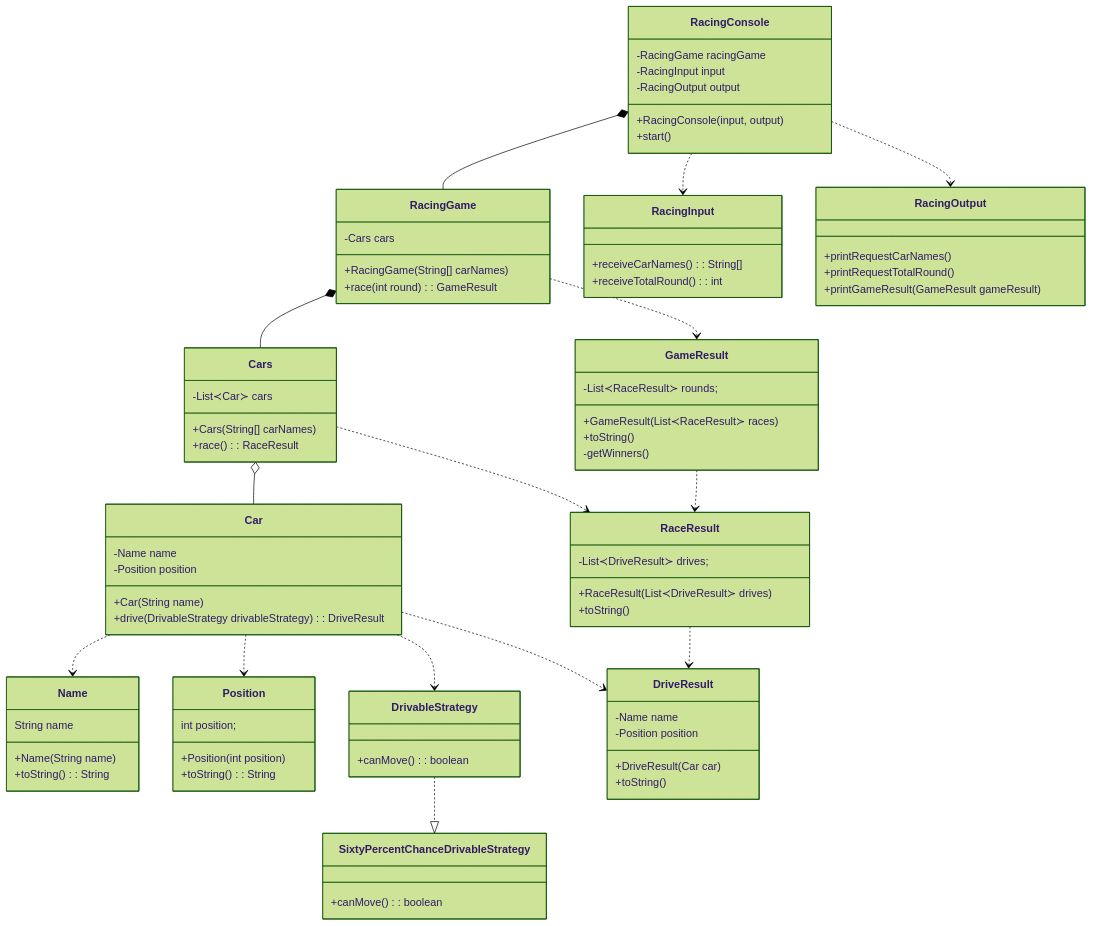
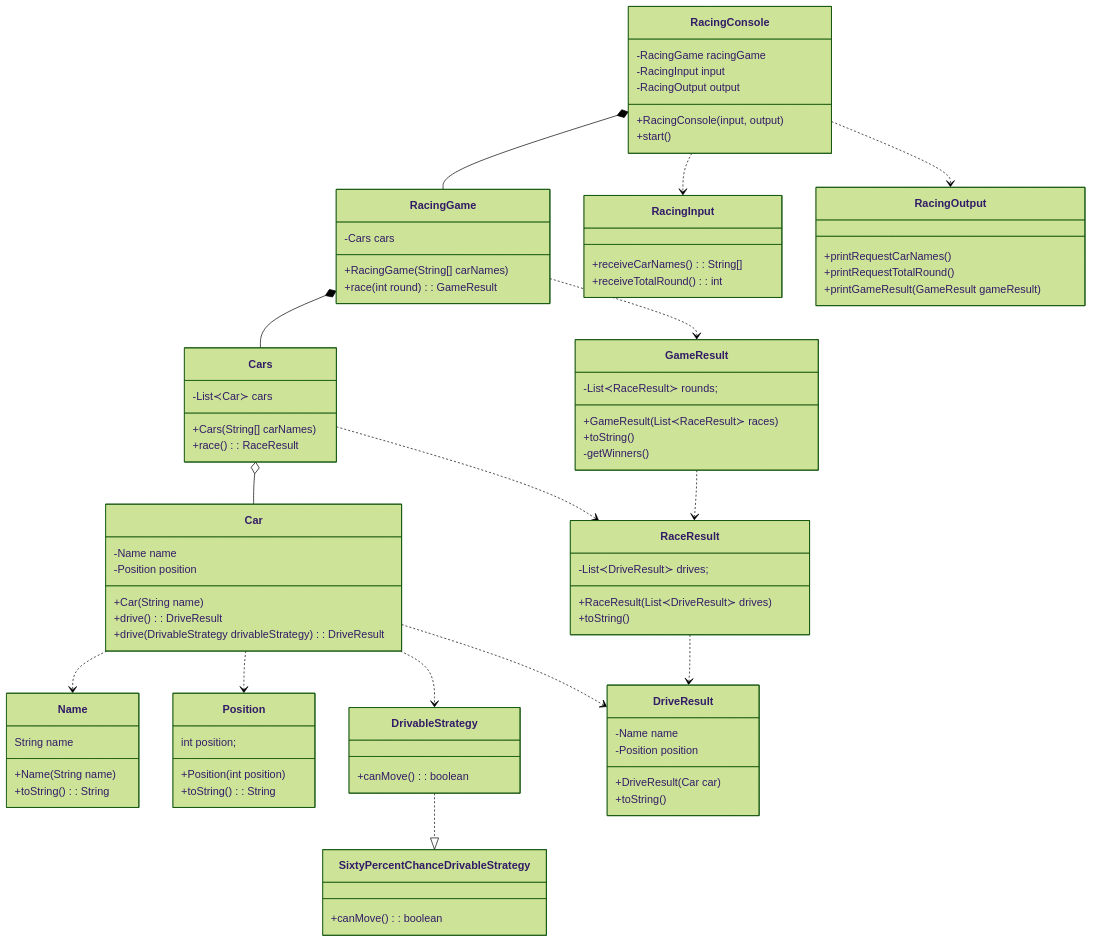
The diagram in README.md (next-step/java-racingcar-playground), drawn with Mermaid (forest theme) before and after one commit. The commit also changed other lines of this file and 9 other files, not shown here.

```diff
--- a/README.md
+++ b/README.md
@@ -6,7 +6,7 @@
         -RacingGame racingGame
         -RacingInput input
         -RacingOutput output
-        
+
         +RacingConsole(input, output)
         +start()
     }
@@ -36,13 +36,14 @@
         -Position position
 
         +Car(String name)
+        +drive(): DriveResult
         +drive(DrivableStrategy drivableStrategy) : DriveResult
     }
-    
+
     Car ..> Name
     class Name {
         String name
-        
+
         +Name(String name)
         +toString(): String
     }
@@ -94,7 +95,7 @@
     class DriveResult {
         -Name name
         -Position position
-        
+
         +DriveResult(Car car)
         +toString()
     }
```
